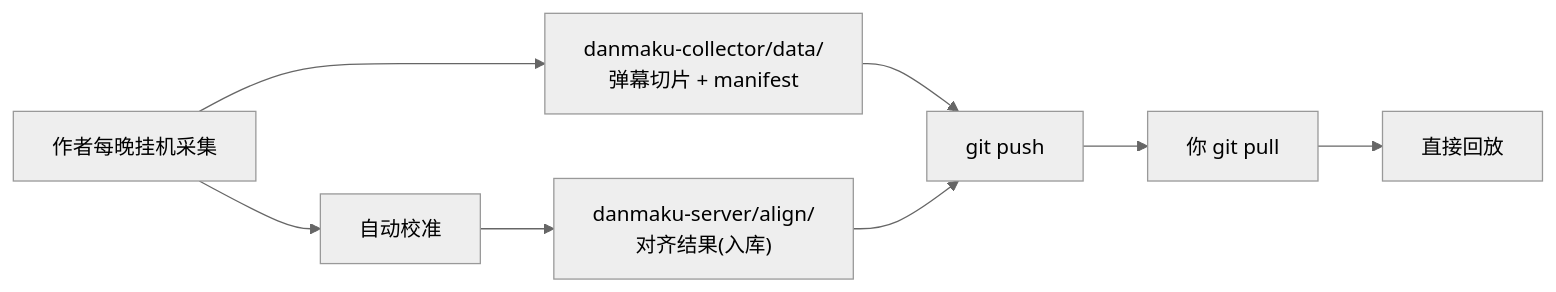
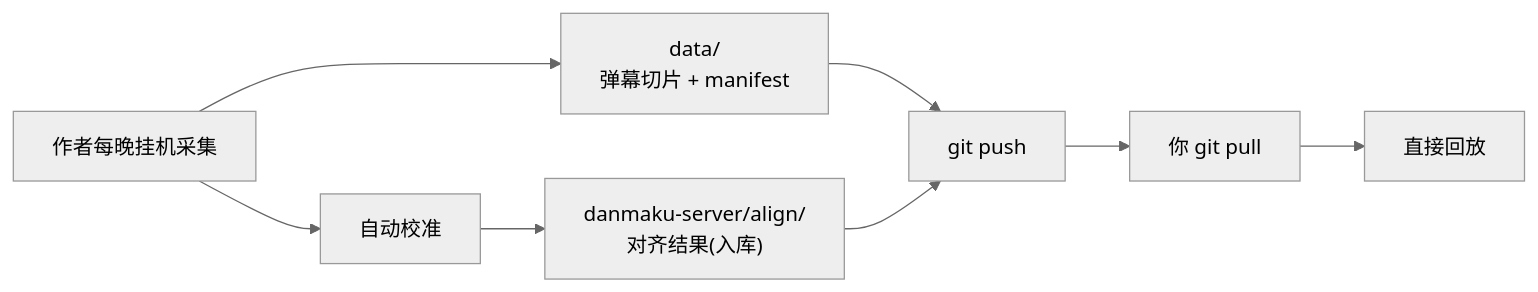
Before and after one commit to root9701/danmaku-timewarp: the diagram in DISTRIBUTION.md, drawn with Mermaid (neutral theme). The commit also changed other lines of this file and 29 other files, not shown here.

````diff
--- a/DISTRIBUTION.md
+++ b/DISTRIBUTION.md
@@ -58,10 +58,10 @@
 ```mermaid
 flowchart LR
-    A["作者每晚挂机采集"] --> B["danmaku-collector/data/<br/>弹幕切片 + manifest"]
+    A["作者每晚挂机采集"] --> B["data/<br/>弹幕切片 + manifest"]
     A --> C["自动校准"]
     C --> D["danmaku-server/align/<br/>对齐结果(入库)"]
     B --> E["git push"]
     D --> E
     E --> F["你 git pull"]
     F --> G["直接回放"]
 ```
````
